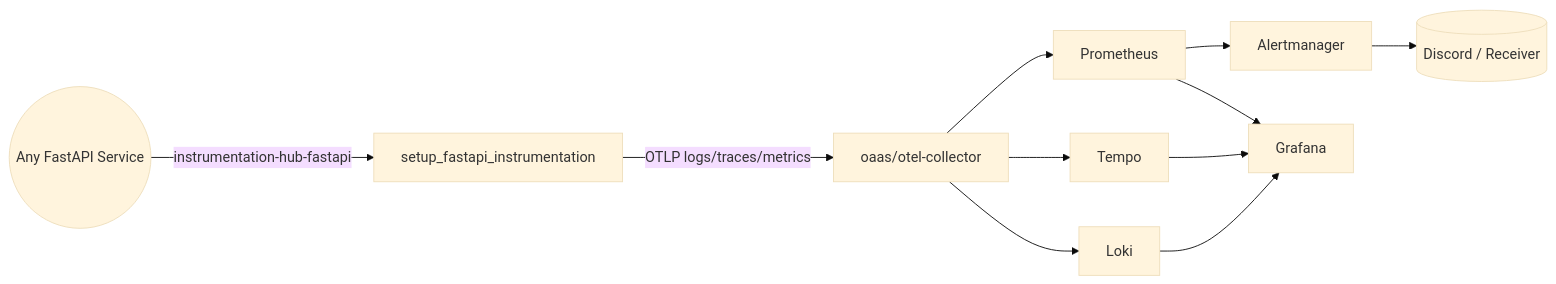
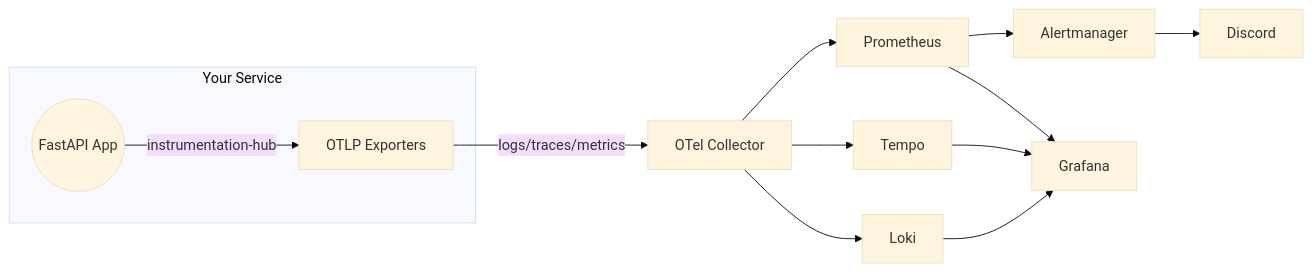
Before and after one commit to vyavasthita/oaas: the diagram in README.md, drawn with Mermaid (base theme). The commit also changed other lines of this file, not shown here.

````diff
--- a/README.md
+++ b/README.md
@@ -100,12 +13,14 @@
 ```mermaid
 flowchart LR
-  Service((Any FastAPI Service)) -->|instrumentation-hub-fastapi| OTELSetup[setup_fastapi_instrumentation]
-  OTELSetup -->|OTLP logs/traces/metrics| Collector[oaas/otel-collector]
-  Collector --> Loki
-  Collector --> Tempo
-  Collector --> Prometheus
-  Prometheus --> Alertmanager --> Discord[(Discord / Receiver)]
-  Loki --> Grafana
-  Tempo --> Grafana
-  Prometheus --> Grafana
+    subgraph Your Service
+        App((FastAPI App)) -->|instrumentation-hub| OTLP[OTLP Exporters]
+    end
+    OTLP -->|logs/traces/metrics| Collector[OTel Collector]
+    Collector --> Loki
+    Collector --> Tempo
+    Collector --> Prometheus
+    Prometheus --> Alertmanager --> Discord
+    Loki --> Grafana
+    Tempo --> Grafana
+    Prometheus --> Grafana
 ```
````
